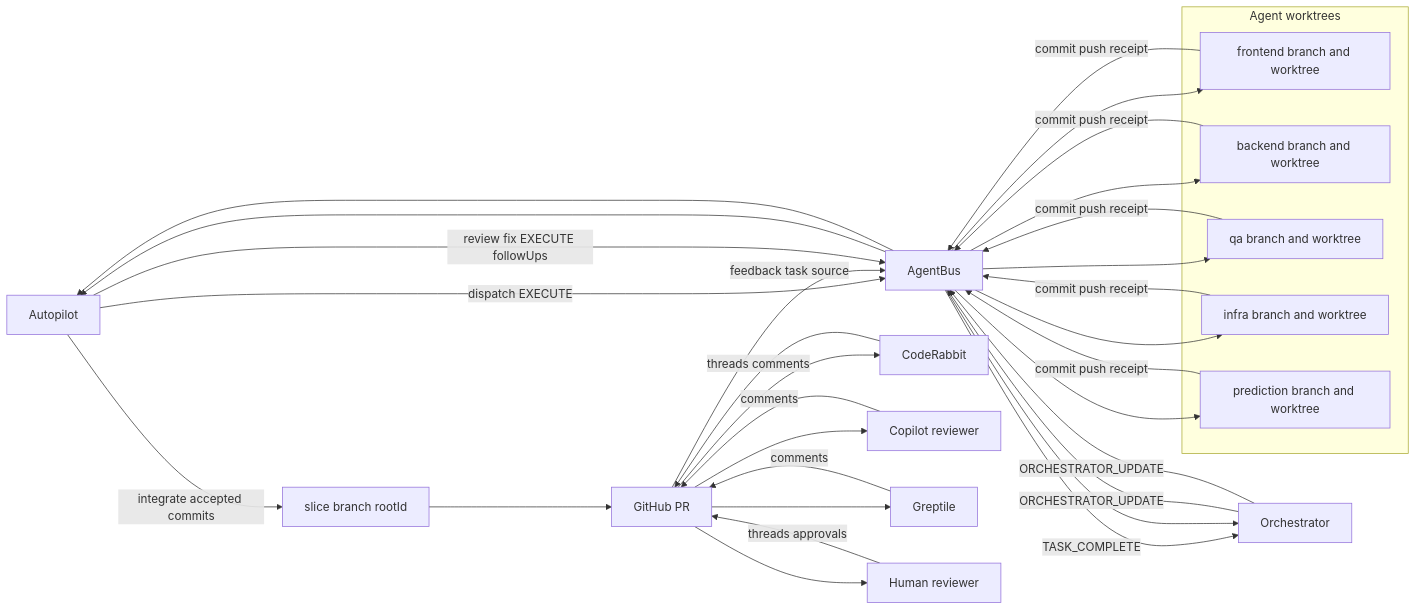
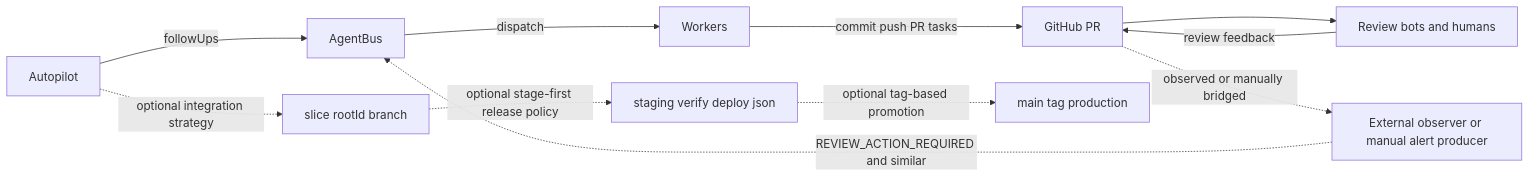
The third of 3 diagrams in docs/agentic/WORKFLOW_VISUALS.md (future3OOO/agentic-cockpit), drawn with Mermaid before and after one commit. The commit also changed other lines of this file and 1 other file, not shown here.

````diff
--- a/docs/agentic/WORKFLOW_VISUALS.md
+++ b/docs/agentic/WORKFLOW_VISUALS.md
@@ -163,46 +57,15 @@
 ```mermaid
 flowchart LR
-  AP["Autopilot"] -->|dispatch EXECUTE| Bus["AgentBus"]
+  AP["Autopilot"] -->|followUps| Bus["AgentBus"]
+  Bus -->|dispatch| W["Workers"]
+  W -->|commit push PR tasks| GH["GitHub PR"]
 
-  subgraph WT["Agent worktrees"]
-    FEW["frontend branch and worktree"]
-    BEW["backend branch and worktree"]
-    QAW["qa branch and worktree"]
-    INFW["infra branch and worktree"]
-    PRW["prediction branch and worktree"]
-  end
+  GH --> RB["Review bots and humans"]
+  RB -->|review feedback| GH
+  GH -. observed or manually bridged .-> OBS["External observer or manual alert producer"]
+  OBS -. REVIEW_ACTION_REQUIRED and similar .-> Bus
 
-  Bus --> FEW
-  Bus --> BEW
-  Bus --> QAW
-  Bus --> INFW
-  Bus --> PRW
-
-  FEW -->|commit push receipt| Bus
-  BEW -->|commit push receipt| Bus
-  QAW -->|commit push receipt| Bus
-  INFW -->|commit push receipt| Bus
-  PRW -->|commit push receipt| Bus
-
-  Bus -->|TASK_COMPLETE| Orch["Orchestrator"]
-  Orch -->|ORCHESTRATOR_UPDATE| Bus
-  Bus --> AP
-
-  AP -->|integrate accepted commits| Slice["slice branch rootId"]
-  Slice --> PR["GitHub PR"]
-
-  PR --> CR["CodeRabbit"]
-  PR --> CP["Copilot reviewer"]
-  PR --> GR["Greptile"]
-  PR --> HR["Human reviewer"]
-  CR -->|threads comments| PR
-  CP -->|comments| PR
-  GR -->|comments| PR
-  HR -->|threads approvals| PR
-
-  PR -->|feedback task source| Bus
-  Bus --> Orch
-  Orch -->|ORCHESTRATOR_UPDATE| Bus
-  Bus --> AP
-  AP -->|review fix EXECUTE followUps| Bus
+  AP -. optional integration strategy .-> Slice["slice rootId branch"]
+  Slice -. optional stage-first release policy .-> Stage["staging verify deploy json"]
+  Stage -. optional tag-based promotion .-> Prod["main tag production"]
 ```
````
